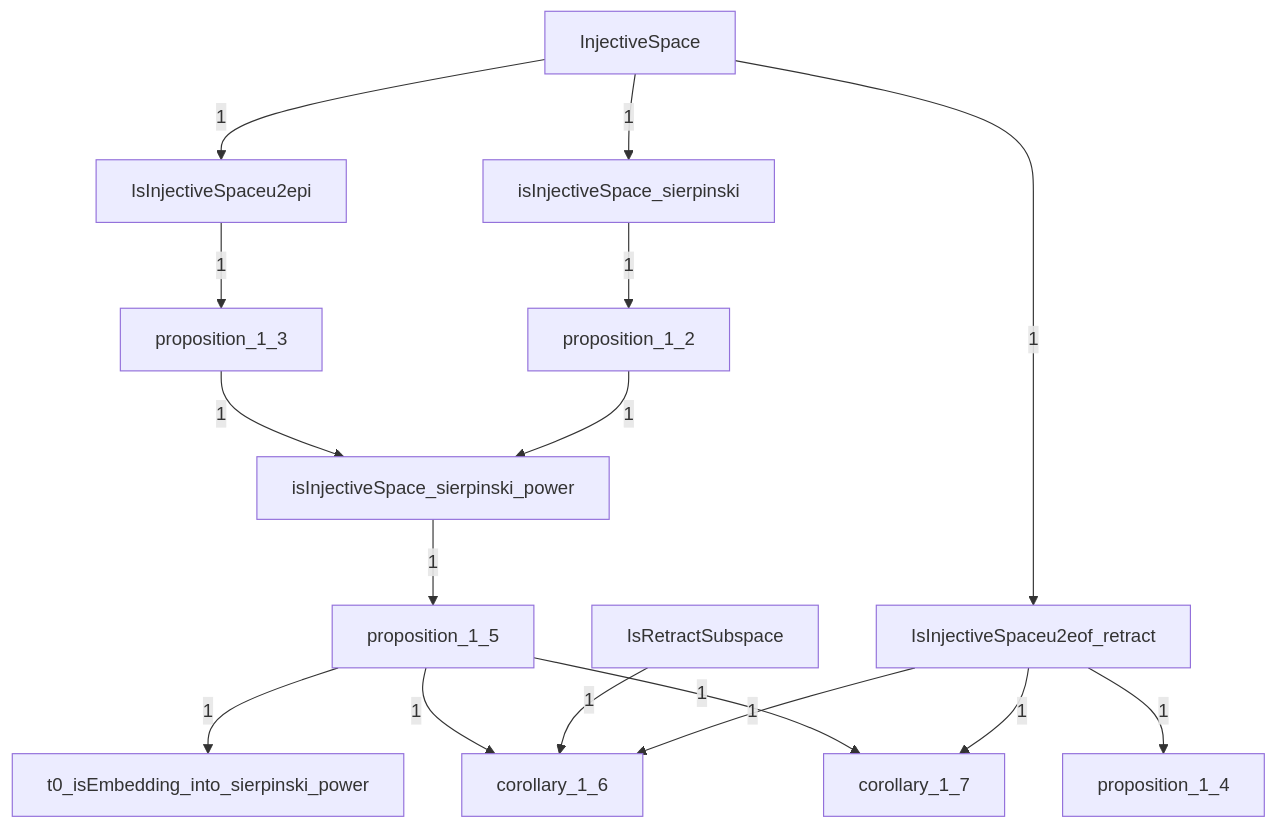
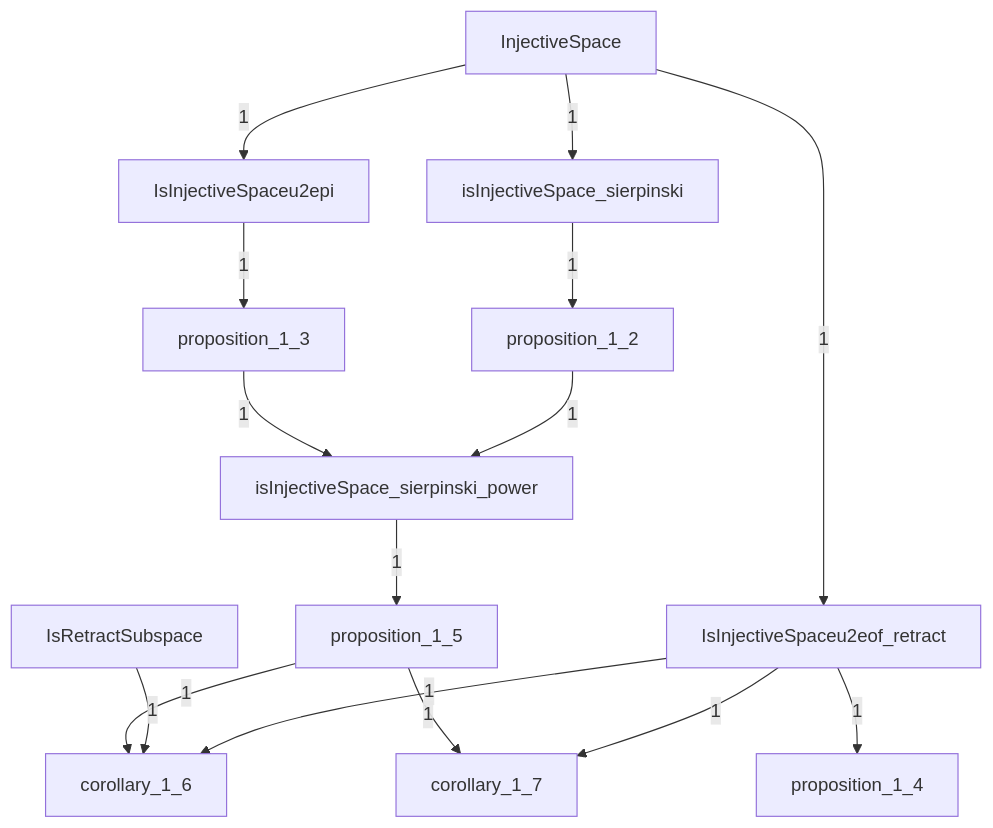
The diagram in DomainTheory/ContinuousLattice/Injective/Injective.mermaid (catskillsresearch/DomainTheory), drawn with Mermaid before and after one commit. The commit also changed 5 other files, not shown here.

First line of the commit message:
Remove unused t0_isEmbedding_into_sierpinski_power split.

```diff
--- a/DomainTheory/ContinuousLattice/Injective/Injective.mermaid
+++ b/DomainTheory/ContinuousLattice/Injective/Injective.mermaid
@@ -1,34 +1,32 @@
 %% Lean files imported under this note.
 %% Arrowhead on the importer. The number is a direct-import count.
 %% An arrow already implied by a longer path is omitted.
 flowchart TB
 
   Injective_corollary_1_6["corollary_1_6"]
   Injective_corollary_1_7["corollary_1_7"]
   Injective_InjectiveSpace["InjectiveSpace"]
   Injective_isInjectiveSpace_sierpinski["isInjectiveSpace_sierpinski"]
   Injective_isInjectiveSpace_sierpinski_power["isInjectiveSpace_sierpinski_power"]
   Injective_IsInjectiveSpaceu2eof_retract["IsInjectiveSpaceu2eof_retract"]
   Injective_IsInjectiveSpaceu2epi["IsInjectiveSpaceu2epi"]
   Injective_IsRetractSubspace["IsRetractSubspace"]
   Injective_proposition_1_2["proposition_1_2"]
   Injective_proposition_1_3["proposition_1_3"]
   Injective_proposition_1_4["proposition_1_4"]
   Injective_proposition_1_5["proposition_1_5"]
-  Injective_t0_isEmbedding_into_sierpinski_power["t0_isEmbedding_into_sierpinski_power"]
 
   Injective_IsInjectiveSpaceu2eof_retract -->|"1"| Injective_corollary_1_6
   Injective_IsRetractSubspace -->|"1"| Injective_corollary_1_6
   Injective_proposition_1_5 -->|"1"| Injective_corollary_1_6
   Injective_IsInjectiveSpaceu2eof_retract -->|"1"| Injective_corollary_1_7
   Injective_proposition_1_5 -->|"1"| Injective_corollary_1_7
   Injective_InjectiveSpace -->|"1"| Injective_isInjectiveSpace_sierpinski
   Injective_proposition_1_2 -->|"1"| Injective_isInjectiveSpace_sierpinski_power
   Injective_proposition_1_3 -->|"1"| Injective_isInjectiveSpace_sierpinski_power
   Injective_InjectiveSpace -->|"1"| Injective_IsInjectiveSpaceu2eof_retract
   Injective_InjectiveSpace -->|"1"| Injective_IsInjectiveSpaceu2epi
   Injective_isInjectiveSpace_sierpinski -->|"1"| Injective_proposition_1_2
   Injective_IsInjectiveSpaceu2epi -->|"1"| Injective_proposition_1_3
   Injective_IsInjectiveSpaceu2eof_retract -->|"1"| Injective_proposition_1_4
   Injective_isInjectiveSpace_sierpinski_power -->|"1"| Injective_proposition_1_5
-  Injective_proposition_1_5 -->|"1"| Injective_t0_isEmbedding_into_sierpinski_power
```
